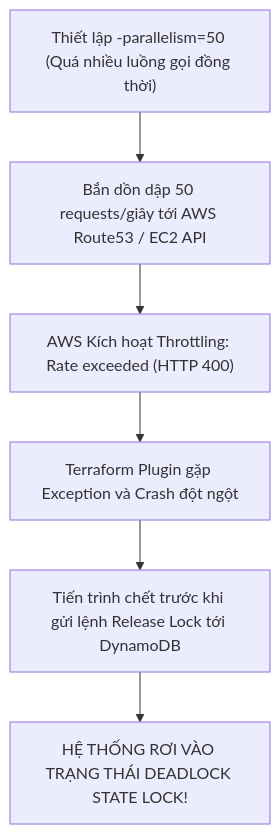
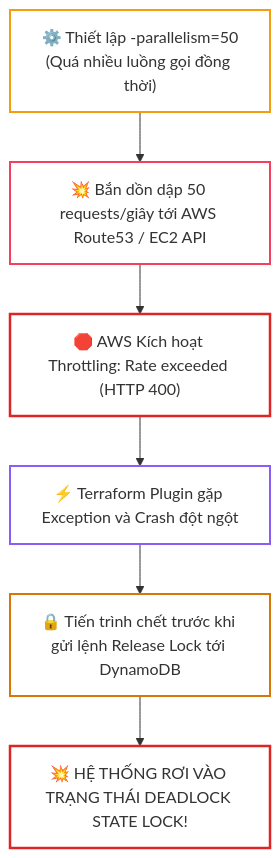
The third of 3 diagrams in _posts/2026-09-13-terraform-02-02-giai-ma-workflow-init-plan-apply-two-phase-execution-dag.md (kiennt308/ntk), drawn with Mermaid before and after one commit. The commit also changed other lines of this file, not shown here.

````diff
--- a/_posts/2026-09-13-terraform-02-02-giai-ma-workflow-init-plan-apply-two-phase-execution-dag.md
+++ b/_posts/2026-09-13-terraform-02-02-giai-ma-workflow-init-plan-apply-two-phase-execution-dag.md
@@ -294,10 +306,18 @@
 ```mermaid
 flowchart TD
-    A["Thiết lập -parallelism=50 (Quá nhiều luồng gọi đồng thời)"] --> B["Bắn dồn dập 50 requests/giây tới AWS Route53 / EC2 API"]
-    B --> C["AWS Kích hoạt Throttling: Rate exceeded (HTTP 400)"]
-    C --> D["Terraform Plugin gặp Exception và Crash đột ngột"]
-    D --> E["Tiến trình chết trước khi gửi lệnh Release Lock tới DynamoDB"]
-    E --> F["HỆ THỐNG RƠI VÀO TRẠNG THÁI DEADLOCK STATE LOCK!"]
+    A["⚙️ Thiết lập -parallelism=50<br/>(Quá nhiều luồng gọi đồng thời)"]
+    B["💥 Bắn dồn dập 50 requests/giây tới AWS Route53 / EC2 API"]
+    C["🛑 AWS Kích hoạt Throttling: Rate exceeded (HTTP 400)"]
+    D["⚡ Terraform Plugin gặp Exception và Crash đột ngột"]
+    E["🔒 Tiến trình chết trước khi gửi lệnh Release Lock tới DynamoDB"]
+    F["💥 HỆ THỐNG RƠI VÀO TRẠNG THÁI DEADLOCK STATE LOCK!"]
 
+    A --> B --> C --> D --> E --> F
 
+    style A fill:none,stroke:#f59e0b,stroke-width:2px
+    style B fill:none,stroke:#f43f5e,stroke-width:2px
+    style C fill:none,stroke:#dc2626,stroke-width:2.5px
+    style D fill:none,stroke:#8b5cf6,stroke-width:2px
+    style E fill:none,stroke:#d97706,stroke-width:2px
+    style F fill:none,stroke:#dc2626,stroke-width:2.5px
 ```
````
